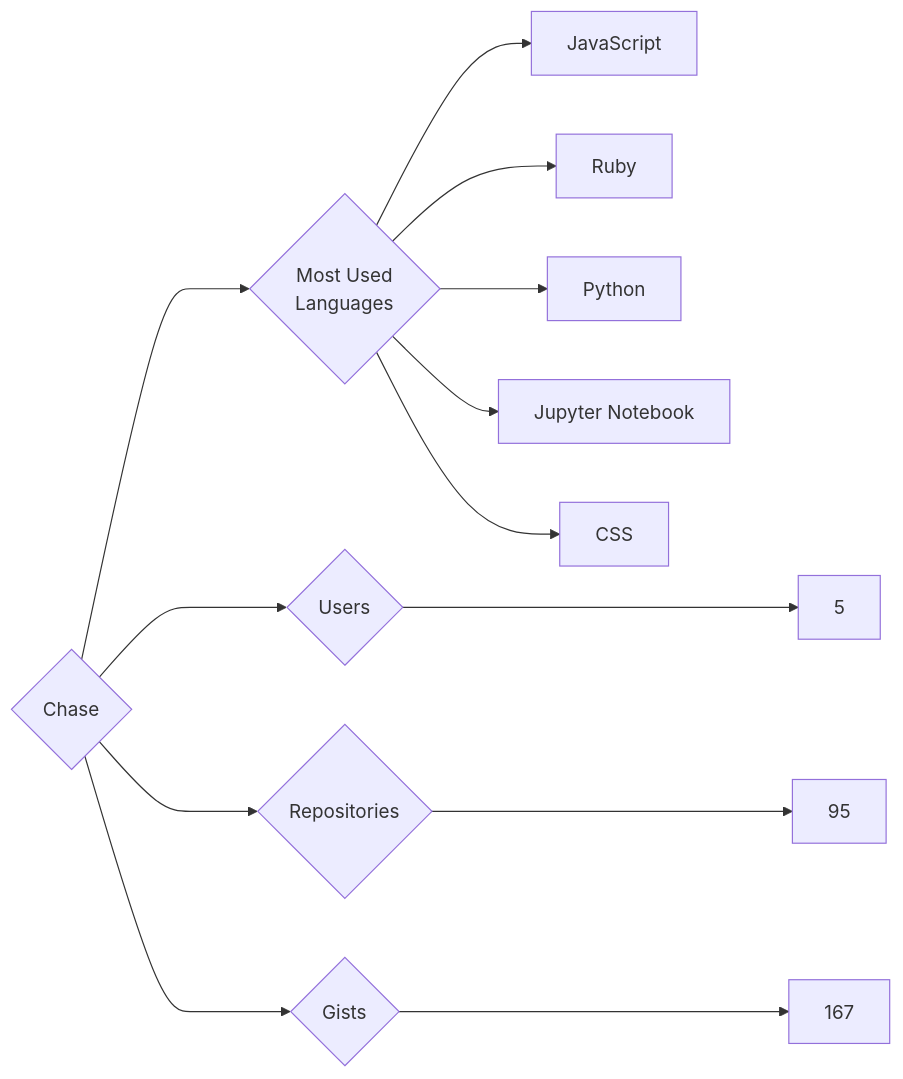
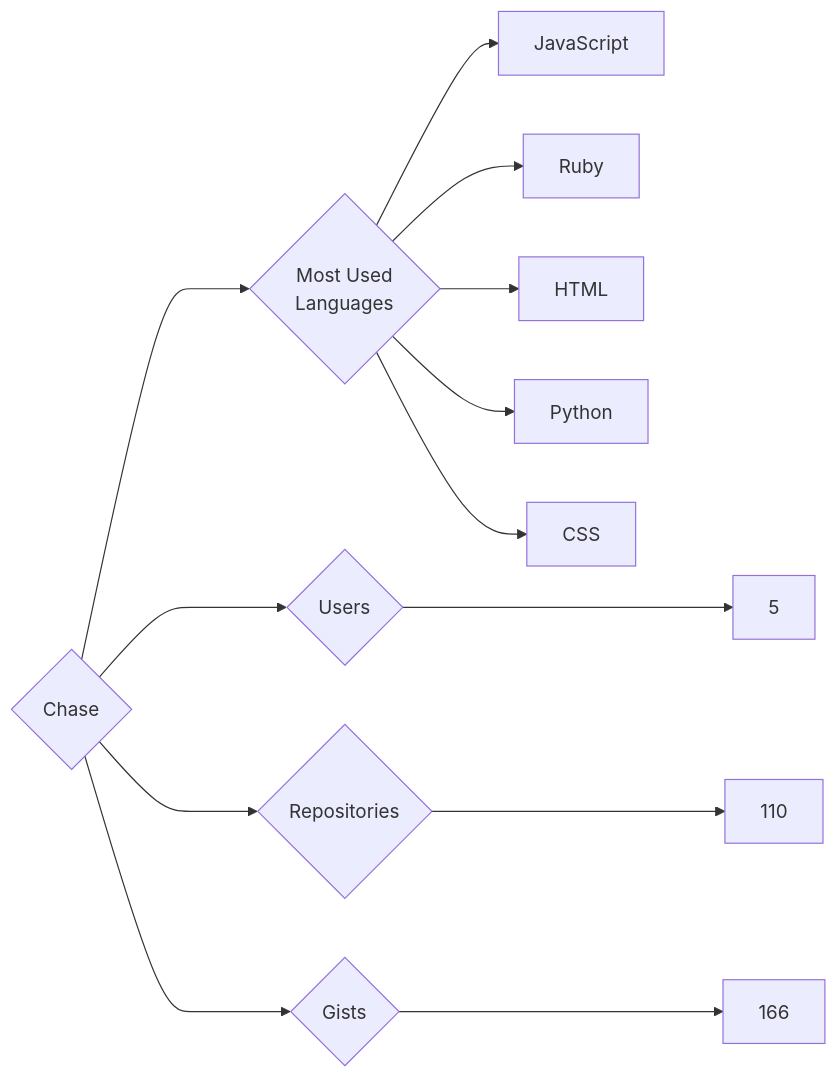
The diagram in targets/Chase/README.md (trickest/insiders), drawn with Mermaid before and after one commit. The commit also changed 1084 other files, not shown here.

````diff
--- a/targets/Chase/README.md
+++ b/targets/Chase/README.md
@@ -3,13 +3,13 @@
 ```mermaid
 graph LR
 COMPANY_NAME{Chase}
 COMPANY_NAME ---> U{Users} ---> UN[5]
-COMPANY_NAME ---> R{Repositories} ---> RN[95]
-COMPANY_NAME ---> G{Gists} ---> GN[167]
+COMPANY_NAME ---> R{Repositories} ---> RN[110]
+COMPANY_NAME ---> G{Gists} ---> GN[166]
 COMPANY_NAME ---> ML{Most Used<br>Languages}
 ML --> JavaScript[JavaScript]
 ML --> Ruby[Ruby]
+ML --> HTML[HTML]
 ML --> Python[Python]
-ML --> Jupyter_Notebook[Jupyter Notebook]
 ML --> CSS[CSS]
 ```
````
